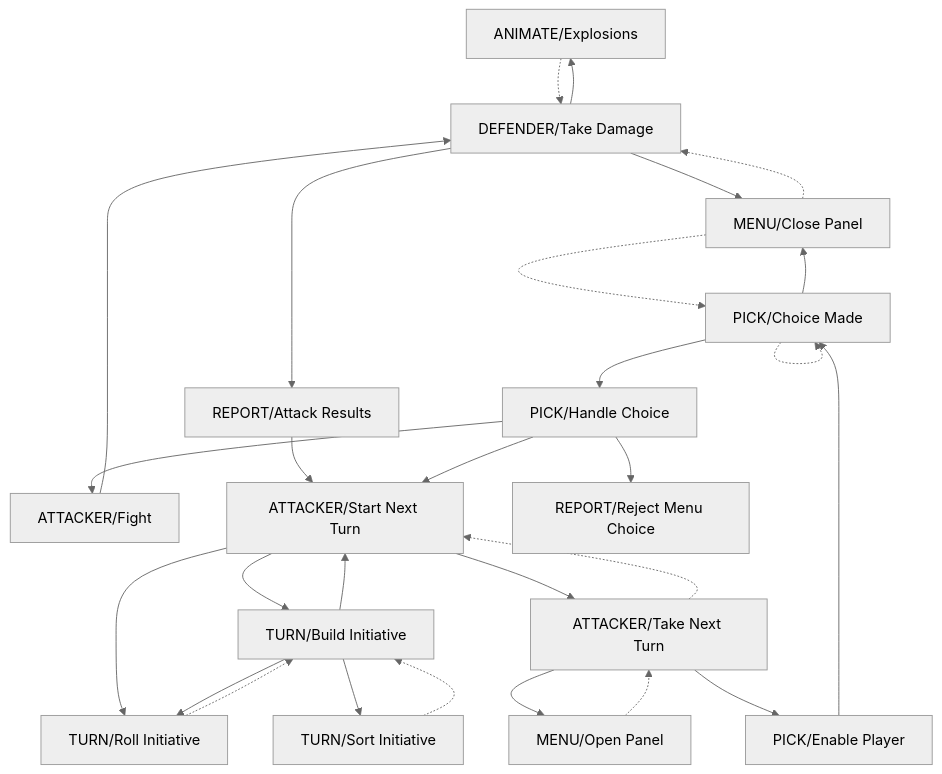
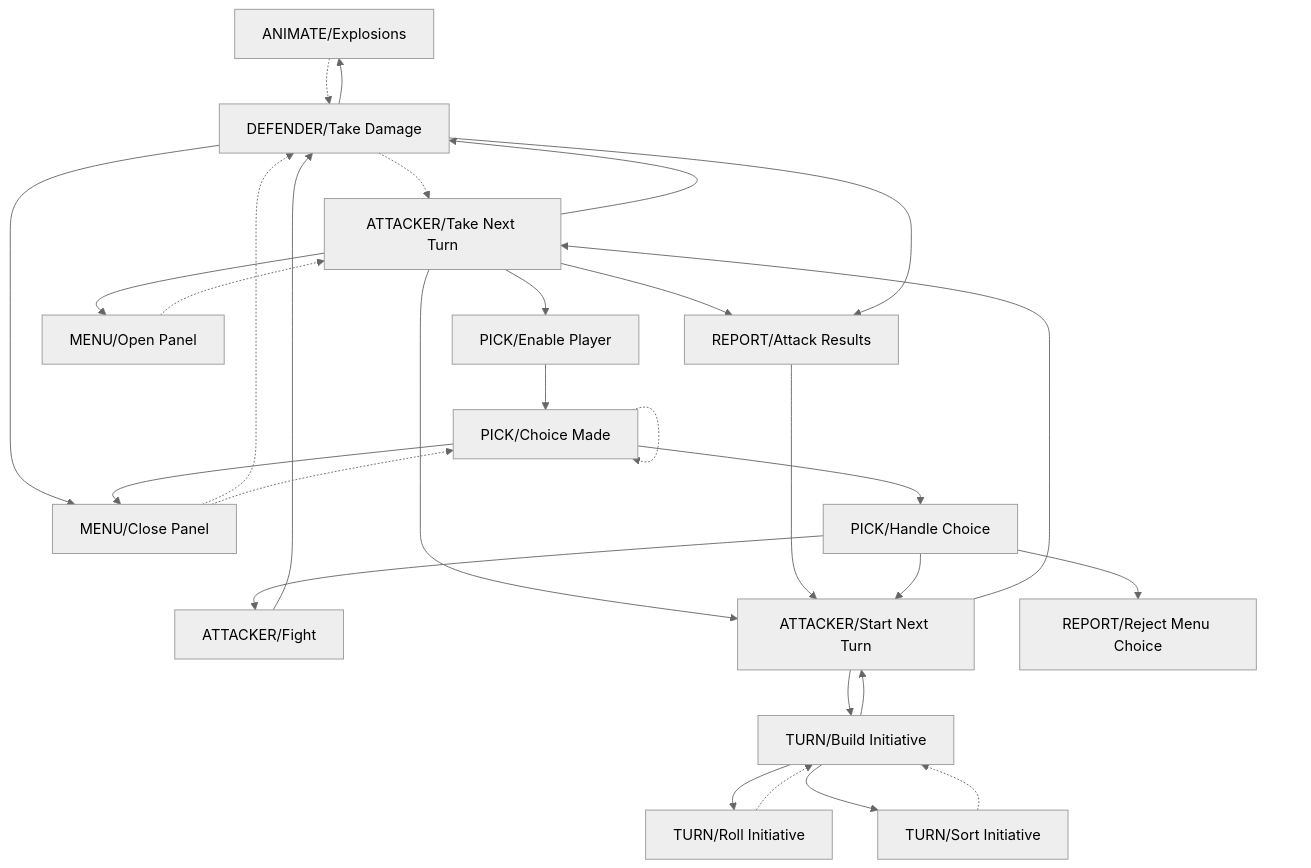
The diagram in dat_chart.md (kinostl/We-Have-To-Kill-Chaos), drawn with Mermaid (neutral theme) before and after one commit. The commit also changed 5 other files, not shown here.

````diff
--- a/dat_chart.md
+++ b/dat_chart.md
@@ -1,15 +1,17 @@
 ```mermaid
 flowchart TD
 1[ATTACKER/Fight]-->9[DEFENDER/Take Damage]
 8[ATTACKER/Take Next Turn]-->12[MENU/Open Panel]-.->8[ATTACKER/Take Next Turn]-->10[PICK/Enable Player]
+8[ATTACKER/Take Next Turn]-->9[DEFENDER/Take Damage]-.->8[ATTACKER/Take Next Turn]-->18[REPORT/Attack Results]
+8[ATTACKER/Take Next Turn]-->14[ATTACKER/Start Next Turn]
 9[DEFENDER/Take Damage]-->0[ANIMATE/Explosions]-.->9[DEFENDER/Take Damage]-->15[MENU/Close Panel]-.->9[DEFENDER/Take Damage]-->18[REPORT/Attack Results]
 10[PICK/Enable Player]-->11[PICK/Choice Made]-.->
 11[PICK/Choice Made]-->15[MENU/Close Panel]-.->11[PICK/Choice Made]-->21[PICK/Handle Choice]
 14[ATTACKER/Start Next Turn]-->16[TURN/Build Initiative]
-14[ATTACKER/Start Next Turn]-->8[ATTACKER/Take Next Turn]-.->14[ATTACKER/Start Next Turn]-->19[TURN/Roll Initiative]
+14[ATTACKER/Start Next Turn]-->8[ATTACKER/Take Next Turn]
 16[TURN/Build Initiative]-->19[TURN/Roll Initiative]-.->16[TURN/Build Initiative]-->22[TURN/Sort Initiative]-.->16[TURN/Build Initiative]-->14[ATTACKER/Start Next Turn]
 18[REPORT/Attack Results]-->14[ATTACKER/Start Next Turn]
 21[PICK/Handle Choice]-->1[ATTACKER/Fight]
 21[PICK/Handle Choice]-->20[REPORT/Reject Menu Choice]
 21[PICK/Handle Choice]-->14[ATTACKER/Start Next Turn]
 ```
````
